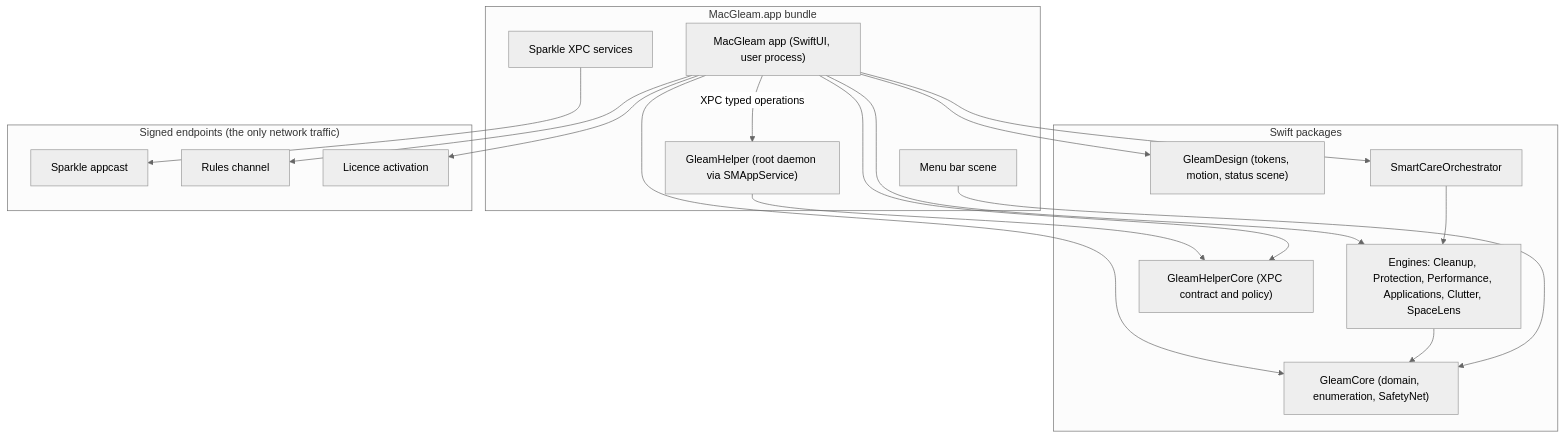
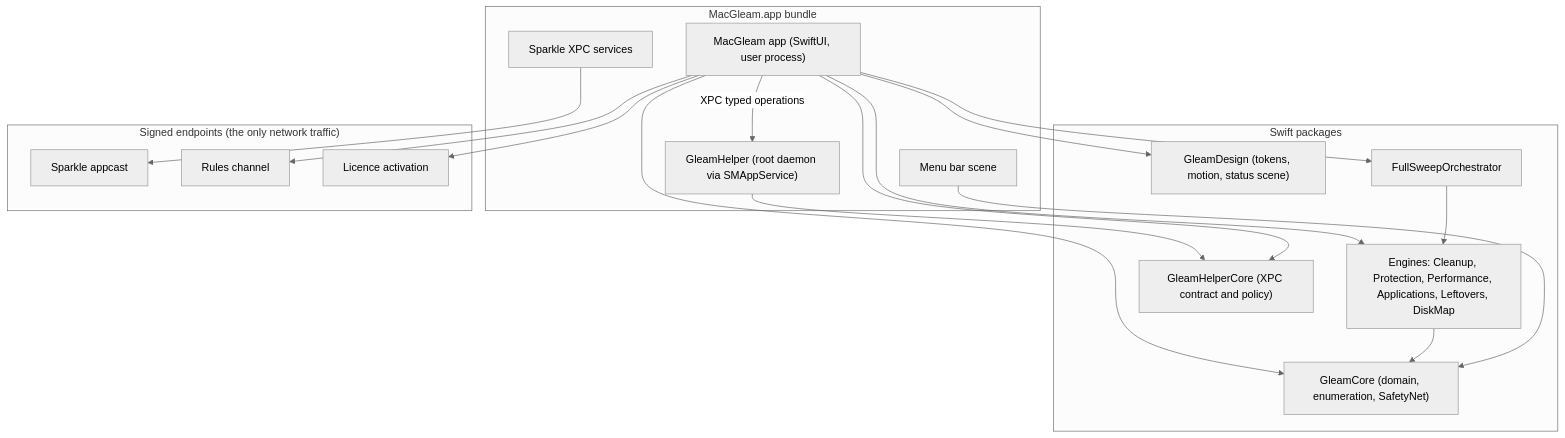
Before and after one commit to atlantic-blue/macgleam: the diagram in .greenlight/ROADMAP.md, drawn with Mermaid (neutral theme). The commit also changed other lines of this file and 102 other files, not shown here.

````diff
--- a/.greenlight/ROADMAP.md
+++ b/.greenlight/ROADMAP.md
@@ -9,37 +9,37 @@
 ```mermaid
 flowchart TB
     subgraph bundle["MacGleam.app bundle"]
         app["MacGleam app (SwiftUI, user process)"]
         menubar["Menu bar scene"]
         helper["GleamHelper (root daemon via SMAppService)"]
         sparklexpc["Sparkle XPC services"]
     end
 
     subgraph packages["Swift packages"]
         design["GleamDesign (tokens, motion, status scene)"]
         core["GleamCore (domain, enumeration, SafetyNet)"]
-        engines["Engines: Cleanup, Protection, Performance, Applications, Clutter, SpaceLens"]
-        smartcare["SmartCareOrchestrator"]
+        engines["Engines: Cleanup, Protection, Performance, Applications, Leftovers, DiskMap"]
+        fullsweep["FullSweepOrchestrator"]
         helpercore["GleamHelperCore (XPC contract and policy)"]
     end
 
     subgraph network["Signed endpoints (the only network traffic)"]
         appcast["Sparkle appcast"]
         rules["Rules channel"]
         licence["Licence activation"]
     end
 
     app --> design
     app --> core
     app --> engines
-    app --> smartcare
-    smartcare --> engines
+    app --> fullsweep
+    fullsweep --> engines
     engines --> core
     app -- "XPC typed operations" --> helper
     helper --> helpercore
     app --> helpercore
     menubar --> core
     sparklexpc --> appcast
     app --> rules
     app --> licence
 ```
````
